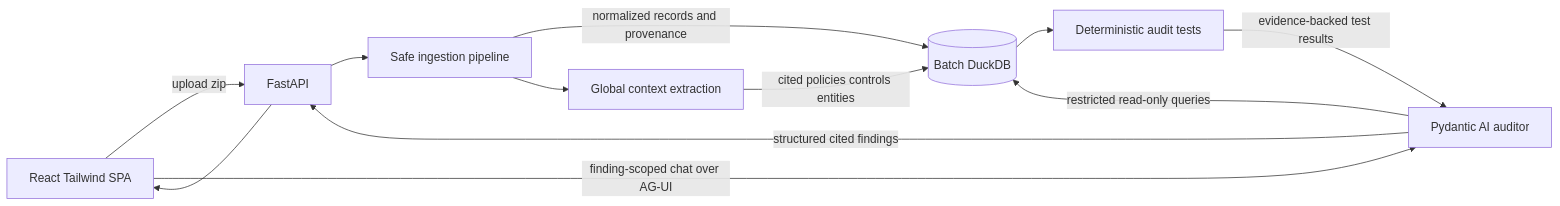
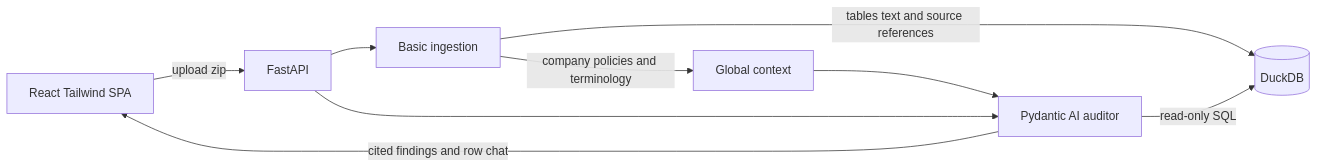
One commit to M-Ali-ML/almedia-hackathon changed the diagram in .cursor/plans/fraud_audit_mvp_a3a118b3.plan.md. Above: the diagram before and after it, drawn with Mermaid. The commit also changed other lines of this file and 1 other file, not shown here.

Commit message:
Refine fraud audit MVP plan to a thin end-to-end slice

````diff
--- a/.cursor/plans/fraud_audit_mvp_a3a118b3.plan.md
+++ b/.cursor/plans/fraud_audit_mvp_a3a118b3.plan.md
@@ -45,14 +37,11 @@
 ```mermaid
 flowchart LR
     UI[React Tailwind SPA] -->|upload zip| API[FastAPI]
-    API --> ING[Safe ingestion pipeline]
-    ING -->|normalized records and provenance| DB[(Batch DuckDB)]
-    ING --> PRE[Global context extraction]
-    PRE -->|cited policies controls entities| DB
-    DB --> TESTS[Deterministic audit tests]
-    TESTS -->|evidence-backed test results| AGENT[Pydantic AI auditor]
-    AGENT -->|structured cited findings| API
-    API --> UI
-    UI -->|finding-scoped chat over AG-UI| AGENT
-    AGENT -->|restricted read-only queries| DB
+    API --> ING[Basic ingestion]
+    ING -->|tables text and source references| DB[(DuckDB)]
+    ING -->|company policies and terminology| CTX[Global context]
+    API --> AGENT[Pydantic AI auditor]
+    AGENT -->|read-only SQL| DB
+    CTX --> AGENT
+    AGENT -->|cited findings and row chat| UI
 ```
````
